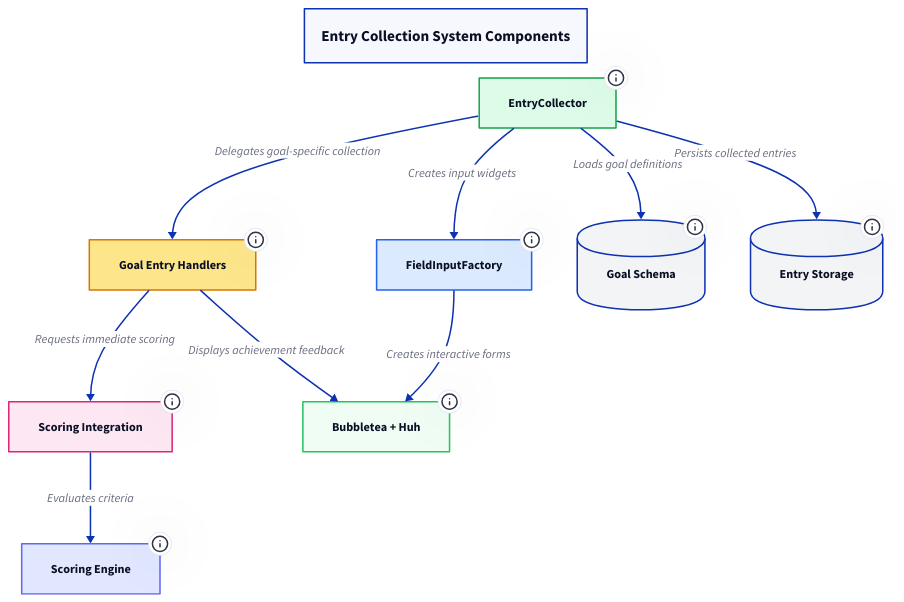
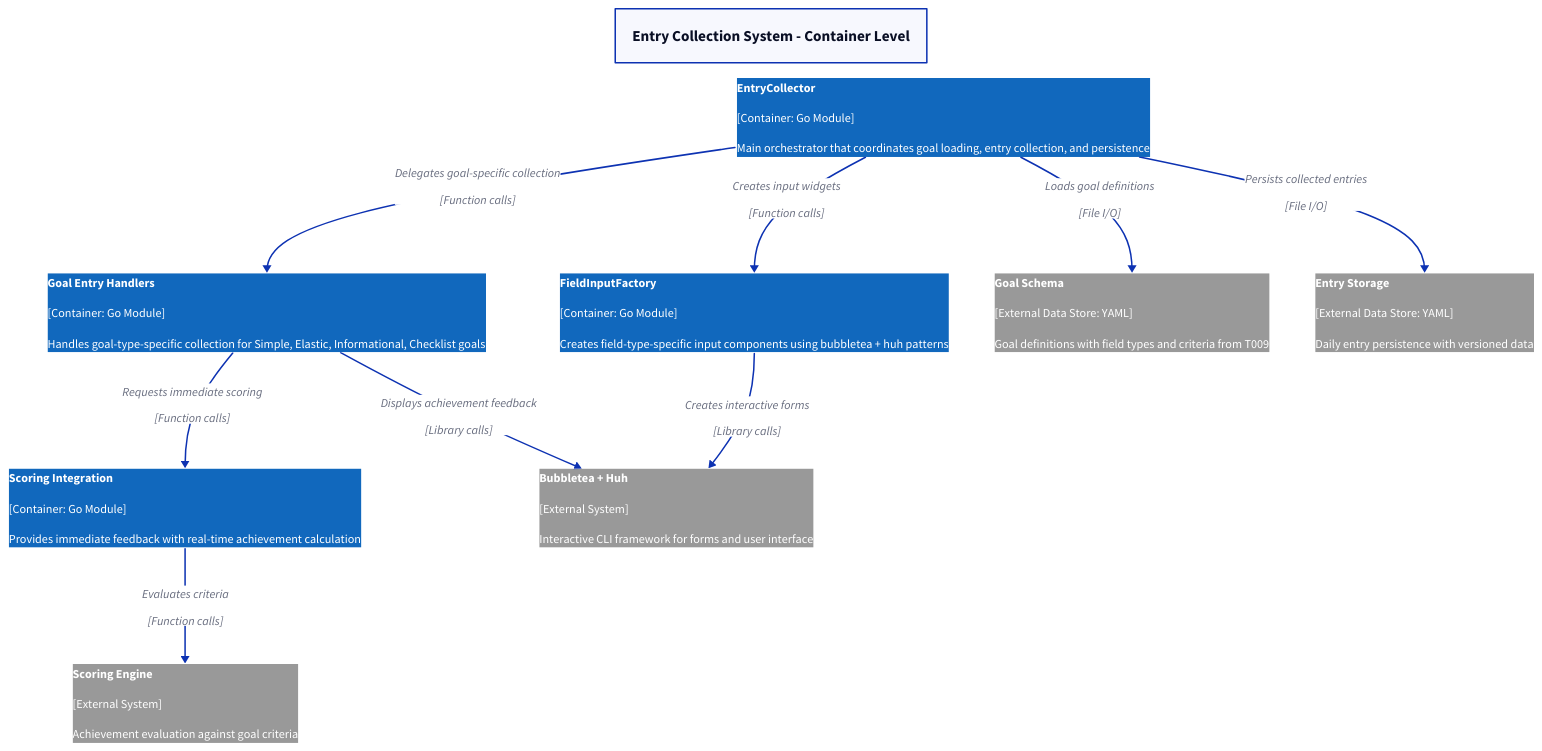
Before and after one commit to davidlee/iter: the diagram in doc/diagrams/entry_system_containers.d2, drawn with D2. The commit also changed 7 other files, not shown here.

First line of the commit message:
docs(architecture)[T010/1.1]: revise D2 diagrams with proper C4 styling and conventions

```diff
--- a/doc/diagrams/entry_system_containers.d2
+++ b/doc/diagrams/entry_system_containers.d2
@@ -1,79 +1,154 @@
 direction: down
 
 title: {
-  label: Entry Collection System Components
+  label: Entry Collection System - Container Level
   near: top-center
   style.font-size: 20
   style.bold: true
 }
 
 entry_collector: {
-  label: EntryCollector
-  tooltip: Main orchestrator - Coordinates goal loading, entry collection, and persistence
-  style.fill: "#dcfce7"
-  style.stroke: "#16a34a"
-  style.stroke-width: 2
+  label: |md
+    **EntryCollector**
+    
+    [Container: Go Module]
+    
+    Main orchestrator that coordinates goal loading, entry collection, and persistence
+  |
+  style.fill: "#1168bd"
+  style.font-color: white
 }
 
 field_input_factory: {
-  label: FieldInputFactory
-  tooltip: Input widget creation - Creates field-type-specific input components
-  style.fill: "#dbeafe"
-  style.stroke: "#2563eb"
-  style.stroke-width: 2
+  label: |md
+    **FieldInputFactory**
+    
+    [Container: Go Module]
+    
+    Creates field-type-specific input components using bubbletea + huh patterns
+  |
+  style.fill: "#1168bd"
+  style.font-color: white
 }
 
 goal_entry_handlers: {
-  label: Goal Entry Handlers
-  tooltip: Goal-type-specific collection - Handles Simple, Elastic, Informational, Checklist goals
-  style.fill: "#fde68a"
-  style.stroke: "#d97706"
-  style.stroke-width: 2
+  label: |md
+    **Goal Entry Handlers**
+    
+    [Container: Go Module]
+    
+    Handles goal-type-specific collection for Simple, Elastic, Informational, Checklist goals
+  |
+  style.fill: "#1168bd"
+  style.font-color: white
 }
 
 scoring_integration: {
-  label: Scoring Integration
-  tooltip: Immediate feedback - Real-time achievement calculation
-  style.fill: "#fce7f3"
-  style.stroke: "#db2777"
-  style.stroke-width: 2
+  label: |md
+    **Scoring Integration**
+    
+    [Container: Go Module]
+    
+    Provides immediate feedback with real-time achievement calculation
+  |
+  style.fill: "#1168bd"
+  style.font-color: white
 }
 
 goal_schema: {
-  label: Goal Schema
-  tooltip: YAML - Goal definitions with field types and criteria
+  label: |md
+    **Goal Schema**
+    
+    [External Data Store: YAML]
+    
+    Goal definitions with field types and criteria from T009
+  |
   shape: cylinder
-  style.fill: "#f3f4f6"
+  style.fill: "#999999"
+  style.font-color: white
 }
 
 entry_storage: {
-  label: Entry Storage
-  tooltip: YAML - Daily entry persistence
+  label: |md
+    **Entry Storage**
+    
+    [External Data Store: YAML]
+    
+    Daily entry persistence with versioned data
+  |
   shape: cylinder
-  style.fill: "#f3f4f6"
+  style.fill: "#999999"
+  style.font-color: white
 }
 
 scoring_engine: {
-  label: Scoring Engine
-  tooltip: Achievement evaluation
-  style.fill: "#e0e7ff"
-  style.stroke: "#6366f1"
+  label: |md
+    **Scoring Engine**
+    
+    [External System]
+    
+    Achievement evaluation against goal criteria
+  |
+  style.fill: "#999999"
+  style.font-color: white
 }
 
 bubbletea_huh: {
-  label: Bubbletea + Huh
-  tooltip: Interactive CLI framework
-  style.fill: "#f0fdf4"
-  style.stroke: "#22c55e"
+  label: |md
+    **Bubbletea + Huh**
+    
+    [External System]
+    
+    Interactive CLI framework for forms and user interface
+  |
+  style.fill: "#999999"
+  style.font-color: white
 }
 
-entry_collector -> field_input_factory: Creates input widgets
-entry_collector -> goal_entry_handlers: Delegates goal-specific collection
-goal_entry_handlers -> scoring_integration: Requests immediate scoring
-scoring_integration -> scoring_engine: Evaluates criteria
+entry_collector -> field_input_factory: |md
+  Creates input widgets
+  
+  [Function calls]
+|
 
-entry_collector -> goal_schema: Loads goal definitions
-entry_collector -> entry_storage: Persists collected entries
+entry_collector -> goal_entry_handlers: |md
+  Delegates goal-specific collection
+  
+  [Function calls]
+|
 
-field_input_factory -> bubbletea_huh: Creates interactive forms
-goal_entry_handlers -> bubbletea_huh: Displays achievement feedback
+goal_entry_handlers -> scoring_integration: |md
+  Requests immediate scoring
+  
+  [Function calls]
+|
+
+scoring_integration -> scoring_engine: |md
+  Evaluates criteria
+  
+  [Function calls]
+|
+
+entry_collector -> goal_schema: |md
+  Loads goal definitions
+  
+  [File I/O]
+|
+
+entry_collector -> entry_storage: |md
+  Persists collected entries
+  
+  [File I/O]
+|
+
+field_input_factory -> bubbletea_huh: |md
+  Creates interactive forms
+  
+  [Library calls]
+|
+
+goal_entry_handlers -> bubbletea_huh: |md
+  Displays achievement feedback
+  
+  [Library calls]
+|
```
